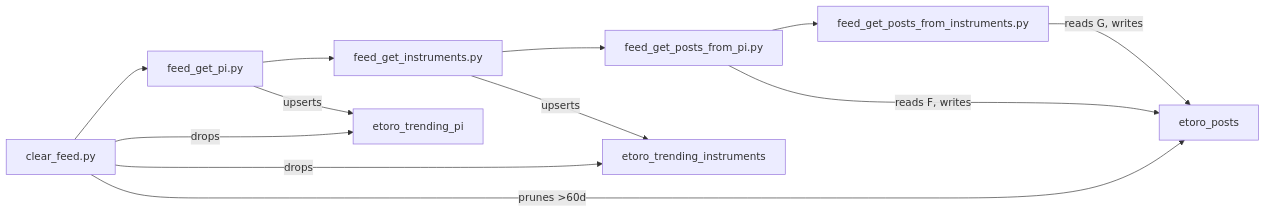
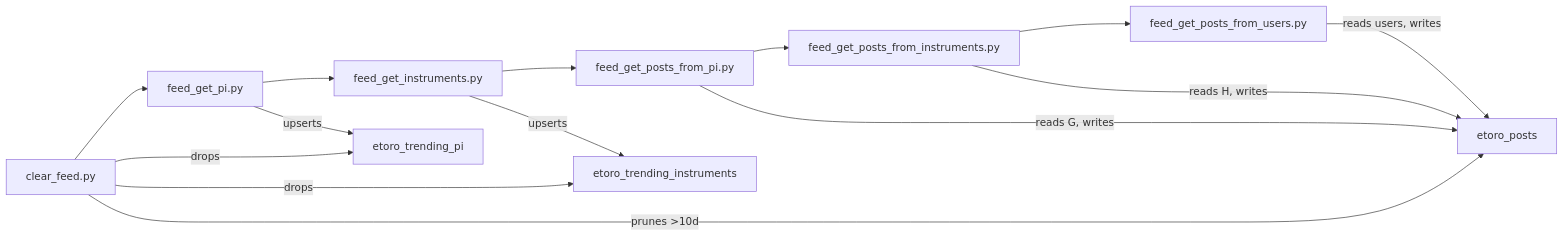
One commit to AlphaSentra/alphasentra-functions changed the sixth of 6 diagrams in Functions/port/DATA_ARCHITECTURE.md. Above: the diagram before and after it, drawn with Mermaid. The commit also changed other lines of this file and 1 other file, not shown here.

Commit message:
update-documentation-batch-job-feed-posts

````diff
--- a/Functions/port/DATA_ARCHITECTURE.md
+++ b/Functions/port/DATA_ARCHITECTURE.md
@@ -1158,16 +1158,18 @@
 ```mermaid
 flowchart LR
     A[clear_feed.py] --> B[feed_get_pi.py]
     B --> C[feed_get_instruments.py]
     C --> D[feed_get_posts_from_pi.py]
     D --> E[feed_get_posts_from_instruments.py]
+    E --> F[feed_get_posts_from_users.py]
 
-    A -->|drops| F[etoro_trending_pi]
-    A -->|drops| G[etoro_trending_instruments]
-    A -->|prunes >60d| H[etoro_posts]
+    A -->|drops| G[etoro_trending_pi]
+    A -->|drops| H[etoro_trending_instruments]
+    A -->|prunes >10d| I[etoro_posts]
 
-    B -->|upserts| F
-    C -->|upserts| G
-    D -->|reads F, writes| H
-    E -->|reads G, writes| H
+    B -->|upserts| G
+    C -->|upserts| H
+    D -->|reads G, writes| I
+    E -->|reads H, writes| I
+    F -->|reads users, writes| I
 ```
````
